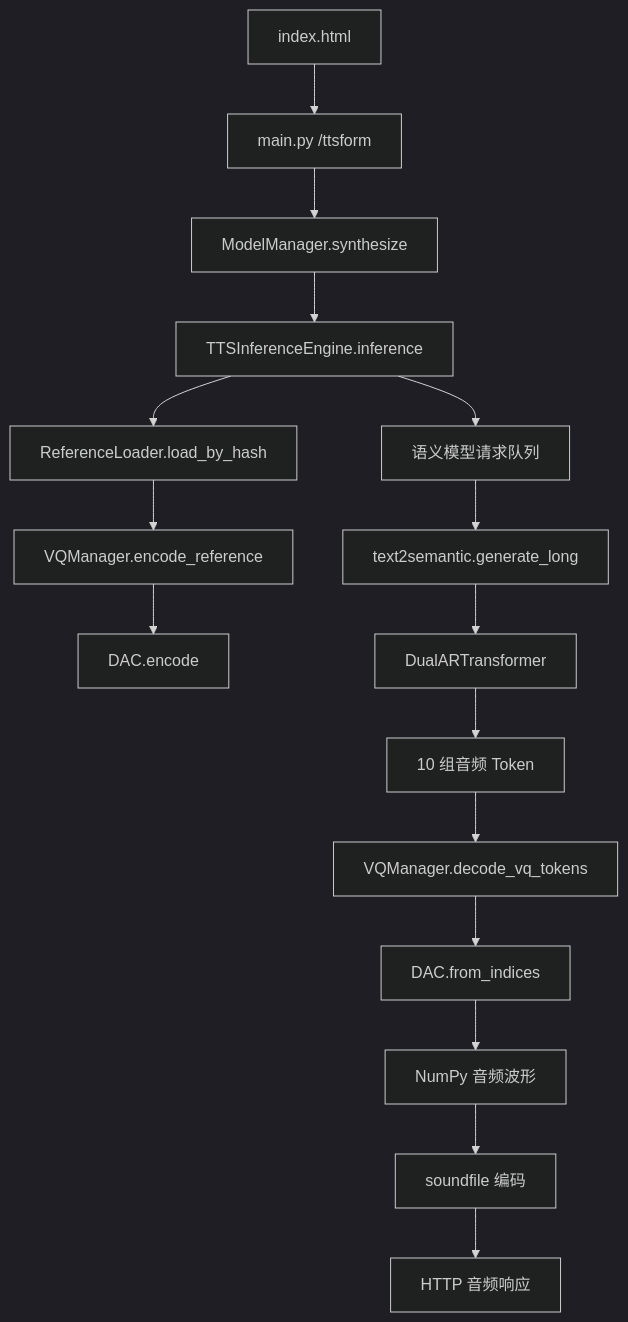
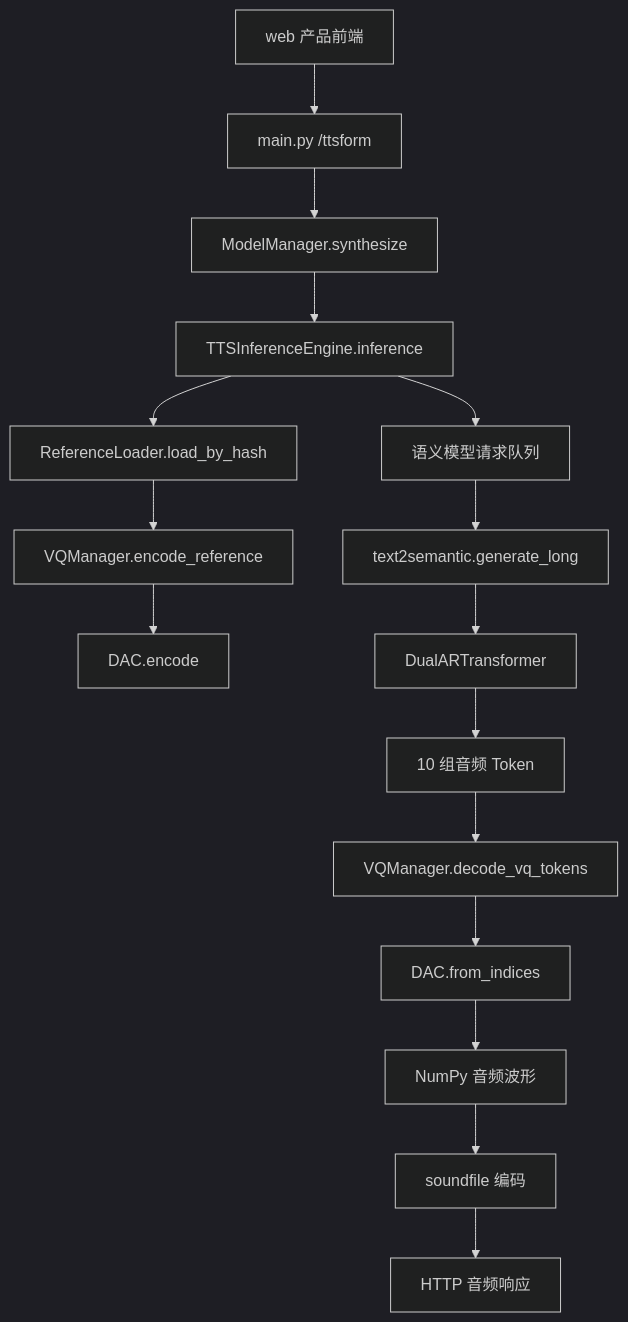
Before and after one commit to PigCharid/revoltts: the diagram in PROJECT_STRUCTURE_ANALYSIS.md, drawn with Mermaid (dark theme). The commit also changed other lines of this file and 14 other files, not shown here.

````diff
--- a/PROJECT_STRUCTURE_ANALYSIS.md
+++ b/PROJECT_STRUCTURE_ANALYSIS.md
@@ -33,18 +33,18 @@
 ```mermaid
 flowchart TD
-    UI[index.html] --> API[main.py /ttsform]
+    UI[web 产品前端] --> API[main.py /ttsform]
     API --> MM[ModelManager.synthesize]
     MM --> ENGINE[TTSInferenceEngine.inference]
     ENGINE --> REF[ReferenceLoader.load_by_hash]
     REF --> VQENC[VQManager.encode_reference]
     VQENC --> DACENC[DAC.encode]
     ENGINE --> QUEUE[语义模型请求队列]
     QUEUE --> GEN[text2semantic.generate_long]
     GEN --> LLM[DualARTransformer]
     LLM --> TOKENS[10 组音频 Token]
     TOKENS --> VQDEC[VQManager.decode_vq_tokens]
     VQDEC --> DACDEC[DAC.from_indices]
     DACDEC --> AUDIO[NumPy 音频波形]
     AUDIO --> ENCODE[soundfile 编码]
     ENCODE --> RESPONSE[HTTP 音频响应]
 ```
````
